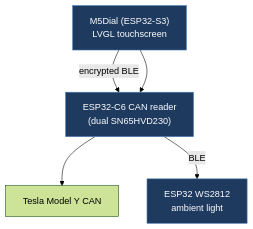
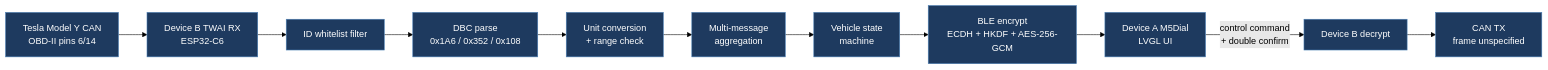
Before and after one commit to babico/TeslaCANModder: the first of 2 diagrams in docs/legacy/monster-xxx-tesla-can-controller.md, drawn with Mermaid (forest theme). The commit also changed other lines of this file and 99 other files, not shown here.

````diff
--- a/docs/legacy/monster-xxx-tesla-can-controller.md
+++ b/docs/legacy/monster-xxx-tesla-can-controller.md
@@ -19,9 +78,15 @@
 ```mermaid
-flowchart TB
-    M5["M5Dial (ESP32-S3)<br/>LVGL touchscreen"] -->|encrypted BLE| C6["ESP32-C6 CAN reader<br/>(dual SN65HVD230)"]
-    C6 --> Car["Tesla Model Y CAN"]
-    C6 -->|BLE| ALC["ESP32 WS2812<br/>ambient light"]
-    M5 --> C6
-    classDef path fill:#1e3a5f,stroke:#4a7fb5,color:#fff
-    class M5,C6,ALC path
+flowchart LR
+    Car["Tesla Model Y CAN<br/>OBD-II pins 6/14"] --> Rx["Device B TWAI RX<br/>ESP32-C6"]
+    Rx --> Filt["ID whitelist filter"]
+    Filt --> Dbc["DBC parse<br/>0x1A6 / 0x352 / 0x108"]
+    Dbc --> Pre["Unit conversion<br/>+ range check"]
+    Pre --> Agg["Multi-message<br/>aggregation"]
+    Agg --> St["Vehicle state<br/>machine"]
+    St --> Enc["BLE encrypt<br/>ECDH + HKDF + AES-256-GCM"]
+    Enc --> UI["Device A M5Dial<br/>LVGL UI"]
+    UI -->|"control command<br/>+ double confirm"| Dec["Device B decrypt"]
+    Dec --> Tx["CAN TX<br/>frame unspecified"]
+    classDef design fill:#1e3a5f,stroke:#4a7fb5,color:#fff
+    class Car,Rx,Filt,Dbc,Pre,Agg,St,Enc,UI,Dec,Tx design
 ```
````
